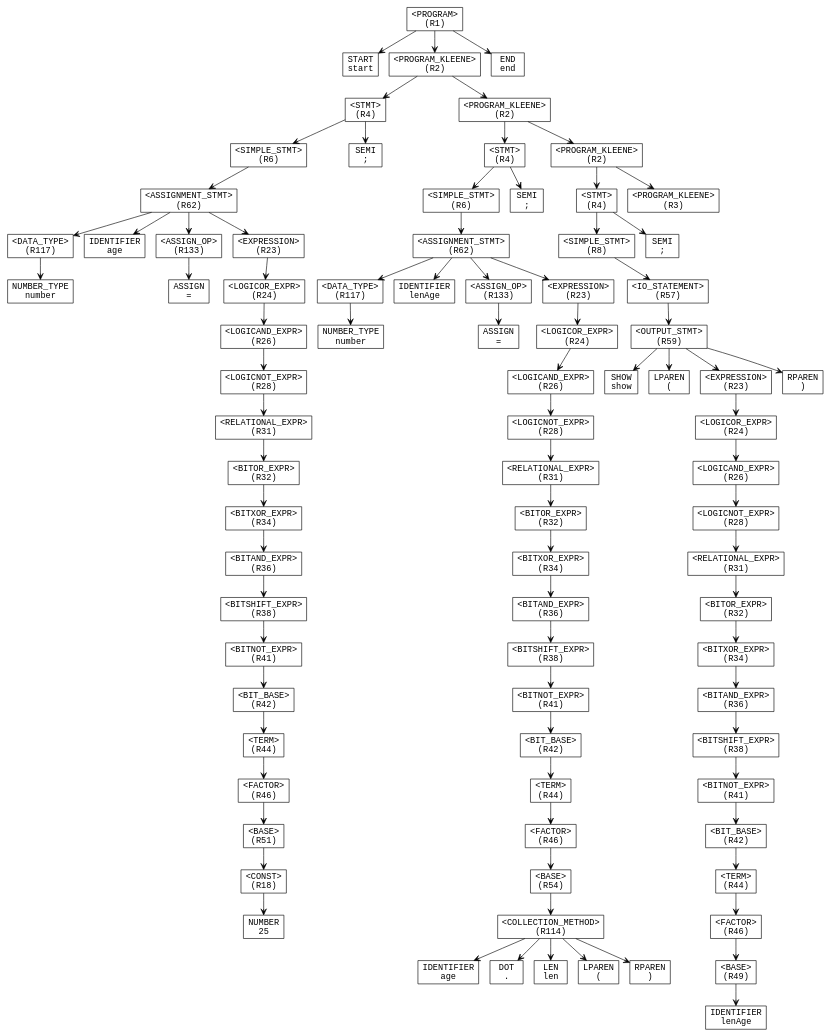
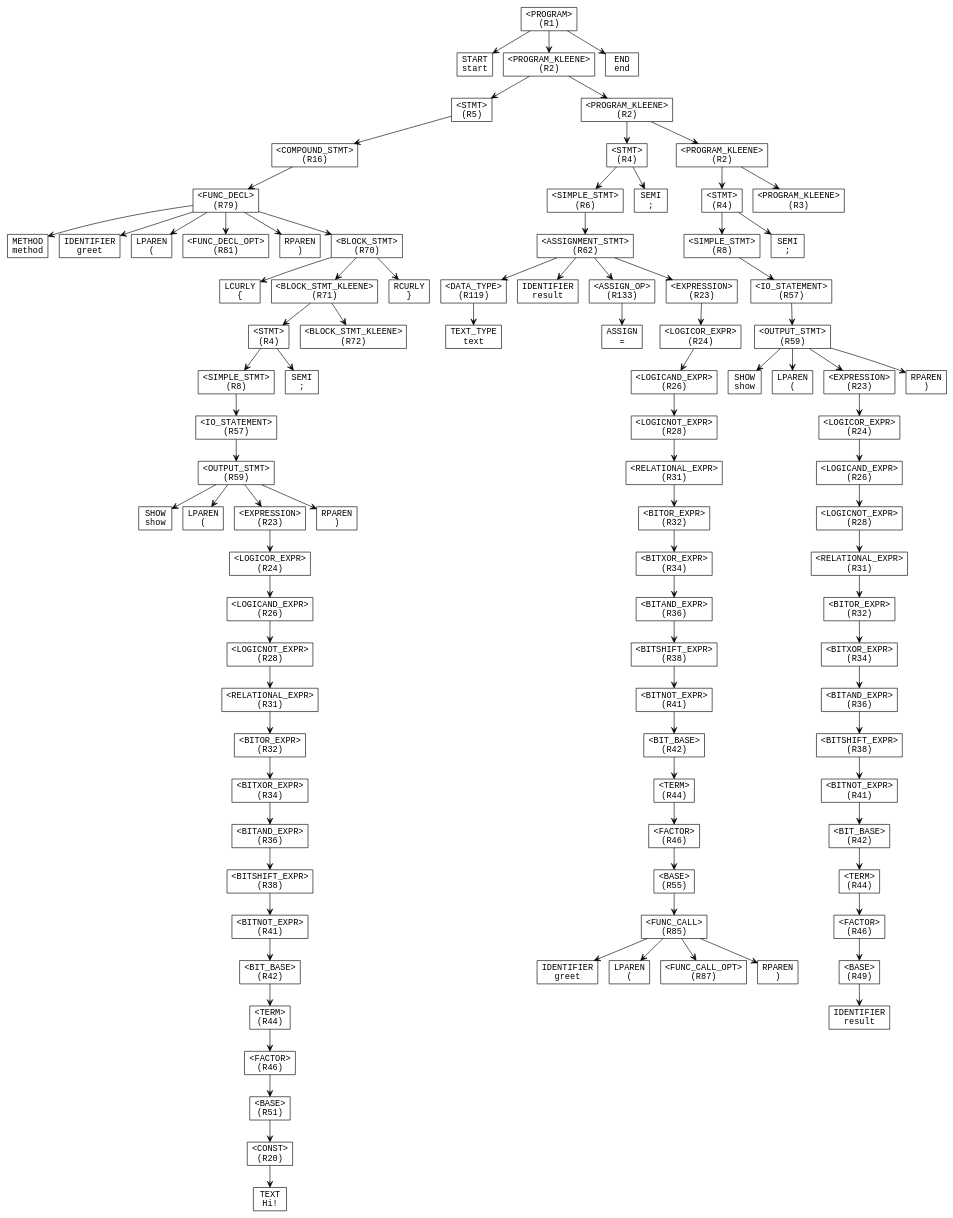
One commit to AjDesuuu/Upspyre-Programming-Language changed the diagram in parse_tree.dot. Above: the diagram before and after it, drawn with Graphviz. The commit also changed 3 other files, not shown here.

```diff
--- a/parse_tree.dot
+++ b/parse_tree.dot
@@ -1,171 +1,193 @@
 digraph ParseTree {
   node [shape=box, fontname="Courier"];
   edge [arrowhead=vee];
-  n226166377 [label="<PROGRAM>\n(R1)"];
-  n608316716 [label="START\nstart"];
-  n226166377 -> n608316716;
-  n1164663681 [label="<PROGRAM_KLEENE>\n(R2)"];
-  n941314128 [label="<STMT>\n(R4)"];
-  n1092214357 [label="<SIMPLE_STMT>\n(R6)"];
-  n1504951161 [label="<ASSIGNMENT_STMT>\n(R62)"];
-  n1176192157 [label="<DATA_TYPE>\n(R117)"];
-  n610276830 [label="NUMBER_TYPE\nnumber"];
+  n608316716 [label="<PROGRAM>\n(R1)"];
+  n1078910404 [label="START\nstart"];
+  n608316716 -> n1078910404;
+  n941314128 [label="<PROGRAM_KLEENE>\n(R2)"];
+  n1092214357 [label="<STMT>\n(R5)"];
+  n1504951161 [label="<COMPOUND_STMT>\n(R16)"];
+  n1176192157 [label="<FUNC_DECL>\n(R79)"];
+  n610276830 [label="METHOD\nmethod"];
   n1176192157 -> n610276830;
-  n1504951161 -> n1176192157;
-  n730106993 [label="IDENTIFIER\nage"];
-  n1504951161 -> n730106993;
-  n1873318411 [label="<ASSIGN_OP>\n(R133)"];
-  n1938492623 [label="ASSIGN\n="];
-  n1873318411 -> n1938492623;
-  n1504951161 -> n1873318411;
-  n1465985413 [label="<EXPRESSION>\n(R23)"];
-  n1485422620 [label="<LOGICOR_EXPR>\n(R24)"];
-  n1939487180 [label="<LOGICAND_EXPR>\n(R26)"];
-  n1482468868 [label="<LOGICNOT_EXPR>\n(R28)"];
-  n103778699 [label="<RELATIONAL_EXPR>\n(R31)"];
-  n279978098 [label="<BITOR_EXPR>\n(R32)"];
-  n843460593 [label="<BITXOR_EXPR>\n(R34)"];
-  n265788211 [label="<BITAND_EXPR>\n(R36)"];
-  n1976445075 [label="<BITSHIFT_EXPR>\n(R38)"];
-  n1693197800 [label="<BITNOT_EXPR>\n(R41)"];
-  n1733732131 [label="<BIT_BASE>\n(R42)"];
-  n1424729849 [label="<TERM>\n(R44)"];
-  n1348830791 [label="<FACTOR>\n(R46)"];
-  n1428372166 [label="<BASE>\n(R51)"];
-  n127852798 [label="<CONST>\n(R18)"];
-  n248201882 [label="NUMBER\n25"];
+  n730106993 [label="IDENTIFIER\ngreet"];
+  n1176192157 -> n730106993;
+  n1873318411 [label="LPAREN\n("];
+  n1176192157 -> n1873318411;
+  n1938492623 [label="<FUNC_DECL_OPT>\n(R81)"];
+  n1176192157 -> n1938492623;
+  n1465985413 [label="RPAREN\n)"];
+  n1176192157 -> n1465985413;
+  n1485422620 [label="<BLOCK_STMT>\n(R70)"];
+  n1939487180 [label="LCURLY\n{"];
+  n1485422620 -> n1939487180;
+  n1482468868 [label="<BLOCK_STMT_KLEENE>\n(R71)"];
+  n103778699 [label="<STMT>\n(R4)"];
+  n279978098 [label="<SIMPLE_STMT>\n(R8)"];
+  n843460593 [label="<IO_STATEMENT>\n(R57)"];
+  n265788211 [label="<OUTPUT_STMT>\n(R59)"];
+  n1976445075 [label="SHOW\nshow"];
+  n265788211 -> n1976445075;
+  n1693197800 [label="LPAREN\n("];
+  n265788211 -> n1693197800;
+  n1733732131 [label="<EXPRESSION>\n(R23)"];
+  n1424729849 [label="<LOGICOR_EXPR>\n(R24)"];
+  n1348830791 [label="<LOGICAND_EXPR>\n(R26)"];
+  n1428372166 [label="<LOGICNOT_EXPR>\n(R28)"];
+  n127852798 [label="<RELATIONAL_EXPR>\n(R31)"];
+  n248201882 [label="<BITOR_EXPR>\n(R32)"];
+  n1918937786 [label="<BITXOR_EXPR>\n(R34)"];
+  n1054427962 [label="<BITAND_EXPR>\n(R36)"];
+  n1311823119 [label="<BITSHIFT_EXPR>\n(R38)"];
+  n448496065 [label="<BITNOT_EXPR>\n(R41)"];
+  n1836703062 [label="<BIT_BASE>\n(R42)"];
+  n428723032 [label="<TERM>\n(R44)"];
+  n1365114315 [label="<FACTOR>\n(R46)"];
+  n397331368 [label="<BASE>\n(R51)"];
+  n882784102 [label="<CONST>\n(R20)"];
+  n1128201638 [label="TEXT\nHi!"];
+  n882784102 -> n1128201638;
+  n397331368 -> n882784102;
+  n1365114315 -> n397331368;
+  n428723032 -> n1365114315;
+  n1836703062 -> n428723032;
+  n448496065 -> n1836703062;
+  n1311823119 -> n448496065;
+  n1054427962 -> n1311823119;
+  n1918937786 -> n1054427962;
+  n248201882 -> n1918937786;
   n127852798 -> n248201882;
   n1428372166 -> n127852798;
   n1348830791 -> n1428372166;
   n1424729849 -> n1348830791;
   n1733732131 -> n1424729849;
-  n1693197800 -> n1733732131;
-  n1976445075 -> n1693197800;
-  n265788211 -> n1976445075;
+  n265788211 -> n1733732131;
+  n2100556719 [label="RPAREN\n)"];
+  n265788211 -> n2100556719;
   n843460593 -> n265788211;
   n279978098 -> n843460593;
   n103778699 -> n279978098;
+  n480347178 [label="SEMI\n;"];
+  n103778699 -> n480347178;
   n1482468868 -> n103778699;
-  n1939487180 -> n1482468868;
-  n1485422620 -> n1939487180;
-  n1465985413 -> n1485422620;
-  n1504951161 -> n1465985413;
+  n1505863135 [label="<BLOCK_STMT_KLEENE>\n(R72)"];
+  n1482468868 -> n1505863135;
+  n1485422620 -> n1482468868;
+  n1831252108 [label="RCURLY\n}"];
+  n1485422620 -> n1831252108;
+  n1176192157 -> n1485422620;
+  n1504951161 -> n1176192157;
   n1092214357 -> n1504951161;
   n941314128 -> n1092214357;
-  n1918937786 [label="SEMI\n;"];
-  n941314128 -> n1918937786;
-  n1164663681 -> n941314128;
-  n1054427962 [label="<PROGRAM_KLEENE>\n(R2)"];
-  n1311823119 [label="<STMT>\n(R4)"];
-  n448496065 [label="<SIMPLE_STMT>\n(R6)"];
-  n1836703062 [label="<ASSIGNMENT_STMT>\n(R62)"];
-  n428723032 [label="<DATA_TYPE>\n(R117)"];
-  n1365114315 [label="NUMBER_TYPE\nnumber"];
-  n428723032 -> n1365114315;
-  n1836703062 -> n428723032;
-  n397331368 [label="IDENTIFIER\nlenAge"];
-  n1836703062 -> n397331368;
-  n882784102 [label="<ASSIGN_OP>\n(R133)"];
-  n1128201638 [label="ASSIGN\n="];
-  n882784102 -> n1128201638;
-  n1836703062 -> n882784102;
-  n2100556719 [label="<EXPRESSION>\n(R23)"];
-  n480347178 [label="<LOGICOR_EXPR>\n(R24)"];
-  n1505863135 [label="<LOGICAND_EXPR>\n(R26)"];
-  n1831252108 [label="<LOGICNOT_EXPR>\n(R28)"];
-  n258643980 [label="<RELATIONAL_EXPR>\n(R31)"];
-  n536534303 [label="<BITOR_EXPR>\n(R32)"];
-  n1262582882 [label="<BITXOR_EXPR>\n(R34)"];
-  n331028310 [label="<BITAND_EXPR>\n(R36)"];
-  n1221220309 [label="<BITSHIFT_EXPR>\n(R38)"];
-  n26307062 [label="<BITNOT_EXPR>\n(R41)"];
-  n1106487242 [label="<BIT_BASE>\n(R42)"];
-  n179902725 [label="<TERM>\n(R44)"];
-  n282559352 [label="<FACTOR>\n(R46)"];
-  n444831309 [label="<BASE>\n(R54)"];
-  n1175629600 [label="<COLLECTION_METHOD>\n(R114)"];
-  n69330902 [label="IDENTIFIER\nage"];
-  n1175629600 -> n69330902;
-  n683763817 [label="DOT\n."];
-  n1175629600 -> n683763817;
-  n787915458 [label="LEN\nlen"];
-  n1175629600 -> n787915458;
-  n2102289299 [label="LPAREN\n("];
-  n1175629600 -> n2102289299;
-  n1985623227 [label="RPAREN\n)"];
-  n1175629600 -> n1985623227;
-  n444831309 -> n1175629600;
-  n282559352 -> n444831309;
-  n179902725 -> n282559352;
-  n1106487242 -> n179902725;
-  n26307062 -> n1106487242;
+  n258643980 [label="<PROGRAM_KLEENE>\n(R2)"];
+  n536534303 [label="<STMT>\n(R4)"];
+  n1262582882 [label="<SIMPLE_STMT>\n(R6)"];
+  n331028310 [label="<ASSIGNMENT_STMT>\n(R62)"];
+  n1221220309 [label="<DATA_TYPE>\n(R119)"];
+  n26307062 [label="TEXT_TYPE\ntext"];
   n1221220309 -> n26307062;
   n331028310 -> n1221220309;
+  n1106487242 [label="IDENTIFIER\nresult"];
+  n331028310 -> n1106487242;
+  n179902725 [label="<ASSIGN_OP>\n(R133)"];
+  n282559352 [label="ASSIGN\n="];
+  n179902725 -> n282559352;
+  n331028310 -> n179902725;
+  n444831309 [label="<EXPRESSION>\n(R23)"];
+  n1175629600 [label="<LOGICOR_EXPR>\n(R24)"];
+  n69330902 [label="<LOGICAND_EXPR>\n(R26)"];
+  n683763817 [label="<LOGICNOT_EXPR>\n(R28)"];
+  n787915458 [label="<RELATIONAL_EXPR>\n(R31)"];
+  n2102289299 [label="<BITOR_EXPR>\n(R32)"];
+  n1985623227 [label="<BITXOR_EXPR>\n(R34)"];
+  n1442547769 [label="<BITAND_EXPR>\n(R36)"];
+  n1317060854 [label="<BITSHIFT_EXPR>\n(R38)"];
+  n1079795790 [label="<BITNOT_EXPR>\n(R41)"];
+  n1736731410 [label="<BIT_BASE>\n(R42)"];
+  n1849134491 [label="<TERM>\n(R44)"];
+  n653813723 [label="<FACTOR>\n(R46)"];
+  n92618074 [label="<BASE>\n(R55)"];
+  n1100810755 [label="<FUNC_CALL>\n(R85)"];
+  n328469758 [label="IDENTIFIER\ngreet"];
+  n1100810755 -> n328469758;
+  n1983346664 [label="LPAREN\n("];
+  n1100810755 -> n1983346664;
+  n1526004633 [label="<FUNC_CALL_OPT>\n(R87)"];
+  n1100810755 -> n1526004633;
+  n1938833366 [label="RPAREN\n)"];
+  n1100810755 -> n1938833366;
+  n92618074 -> n1100810755;
+  n653813723 -> n92618074;
+  n1849134491 -> n653813723;
+  n1736731410 -> n1849134491;
+  n1079795790 -> n1736731410;
+  n1317060854 -> n1079795790;
+  n1442547769 -> n1317060854;
+  n1985623227 -> n1442547769;
+  n2102289299 -> n1985623227;
+  n787915458 -> n2102289299;
+  n683763817 -> n787915458;
+  n69330902 -> n683763817;
+  n1175629600 -> n69330902;
+  n444831309 -> n1175629600;
+  n331028310 -> n444831309;
   n1262582882 -> n331028310;
   n536534303 -> n1262582882;
+  n1087389350 [label="SEMI\n;"];
+  n536534303 -> n1087389350;
   n258643980 -> n536534303;
-  n1831252108 -> n258643980;
-  n1505863135 -> n1831252108;
-  n480347178 -> n1505863135;
-  n2100556719 -> n480347178;
-  n1836703062 -> n2100556719;
-  n448496065 -> n1836703062;
-  n1311823119 -> n448496065;
-  n1442547769 [label="SEMI\n;"];
-  n1311823119 -> n1442547769;
-  n1054427962 -> n1311823119;
-  n1317060854 [label="<PROGRAM_KLEENE>\n(R2)"];
-  n1079795790 [label="<STMT>\n(R4)"];
-  n1736731410 [label="<SIMPLE_STMT>\n(R8)"];
-  n1849134491 [label="<IO_STATEMENT>\n(R57)"];
-  n653813723 [label="<OUTPUT_STMT>\n(R59)"];
-  n92618074 [label="SHOW\nshow"];
-  n653813723 -> n92618074;
-  n1100810755 [label="LPAREN\n("];
-  n653813723 -> n1100810755;
-  n328469758 [label="<EXPRESSION>\n(R23)"];
-  n1983346664 [label="<LOGICOR_EXPR>\n(R24)"];
-  n1526004633 [label="<LOGICAND_EXPR>\n(R26)"];
-  n1938833366 [label="<LOGICNOT_EXPR>\n(R28)"];
-  n1087389350 [label="<RELATIONAL_EXPR>\n(R31)"];
-  n227907939 [label="<BITOR_EXPR>\n(R32)"];
-  n1891664763 [label="<BITXOR_EXPR>\n(R34)"];
-  n39611450 [label="<BITAND_EXPR>\n(R36)"];
-  n1127765977 [label="<BITSHIFT_EXPR>\n(R38)"];
-  n1657245788 [label="<BITNOT_EXPR>\n(R41)"];
-  n375921700 [label="<BIT_BASE>\n(R42)"];
-  n1999937391 [label="<TERM>\n(R44)"];
-  n1991477455 [label="<FACTOR>\n(R46)"];
-  n682144565 [label="<BASE>\n(R49)"];
-  n2121728824 [label="IDENTIFIER\nlenAge"];
+  n227907939 [label="<PROGRAM_KLEENE>\n(R2)"];
+  n1891664763 [label="<STMT>\n(R4)"];
+  n39611450 [label="<SIMPLE_STMT>\n(R8)"];
+  n1127765977 [label="<IO_STATEMENT>\n(R57)"];
+  n1657245788 [label="<OUTPUT_STMT>\n(R59)"];
+  n375921700 [label="SHOW\nshow"];
+  n1657245788 -> n375921700;
+  n1999937391 [label="LPAREN\n("];
+  n1657245788 -> n1999937391;
+  n1991477455 [label="<EXPRESSION>\n(R23)"];
+  n682144565 [label="<LOGICOR_EXPR>\n(R24)"];
+  n2121728824 [label="<LOGICAND_EXPR>\n(R26)"];
+  n761996414 [label="<LOGICNOT_EXPR>\n(R28)"];
+  n1198798060 [label="<RELATIONAL_EXPR>\n(R31)"];
+  n707270188 [label="<BITOR_EXPR>\n(R32)"];
+  n1820376722 [label="<BITXOR_EXPR>\n(R34)"];
+  n406601640 [label="<BITAND_EXPR>\n(R36)"];
+  n2114566935 [label="<BITSHIFT_EXPR>\n(R38)"];
+  n351947660 [label="<BITNOT_EXPR>\n(R41)"];
+  n2103903151 [label="<BIT_BASE>\n(R42)"];
+  n73380564 [label="<TERM>\n(R44)"];
+  n926773323 [label="<FACTOR>\n(R46)"];
+  n1910373131 [label="<BASE>\n(R49)"];
+  n887289060 [label="IDENTIFIER\nresult"];
+  n1910373131 -> n887289060;
+  n926773323 -> n1910373131;
+  n73380564 -> n926773323;
+  n2103903151 -> n73380564;
+  n351947660 -> n2103903151;
+  n2114566935 -> n351947660;
+  n406601640 -> n2114566935;
+  n1820376722 -> n406601640;
+  n707270188 -> n1820376722;
+  n1198798060 -> n707270188;
+  n761996414 -> n1198798060;
+  n2121728824 -> n761996414;
   n682144565 -> n2121728824;
   n1991477455 -> n682144565;
-  n1999937391 -> n1991477455;
-  n375921700 -> n1999937391;
-  n1657245788 -> n375921700;
+  n1657245788 -> n1991477455;
+  n1297230270 [label="RPAREN\n)"];
+  n1657245788 -> n1297230270;
   n1127765977 -> n1657245788;
   n39611450 -> n1127765977;
   n1891664763 -> n39611450;
+  n288470903 [label="SEMI\n;"];
+  n1891664763 -> n288470903;
   n227907939 -> n1891664763;
-  n1087389350 -> n227907939;
-  n1938833366 -> n1087389350;
-  n1526004633 -> n1938833366;
-  n1983346664 -> n1526004633;
-  n328469758 -> n1983346664;
-  n653813723 -> n328469758;
-  n761996414 [label="RPAREN\n)"];
-  n653813723 -> n761996414;
-  n1849134491 -> n653813723;
-  n1736731410 -> n1849134491;
-  n1079795790 -> n1736731410;
-  n1198798060 [label="SEMI\n;"];
-  n1079795790 -> n1198798060;
-  n1317060854 -> n1079795790;
-  n707270188 [label="<PROGRAM_KLEENE>\n(R3)"];
-  n1317060854 -> n707270188;
-  n1054427962 -> n1317060854;
-  n1164663681 -> n1054427962;
-  n226166377 -> n1164663681;
-  n1820376722 [label="END\nend"];
-  n226166377 -> n1820376722;
+  n262800377 [label="<PROGRAM_KLEENE>\n(R3)"];
+  n227907939 -> n262800377;
+  n258643980 -> n227907939;
+  n941314128 -> n258643980;
+  n608316716 -> n941314128;
+  n751604540 [label="END\nend"];
+  n608316716 -> n751604540;
 }
```
